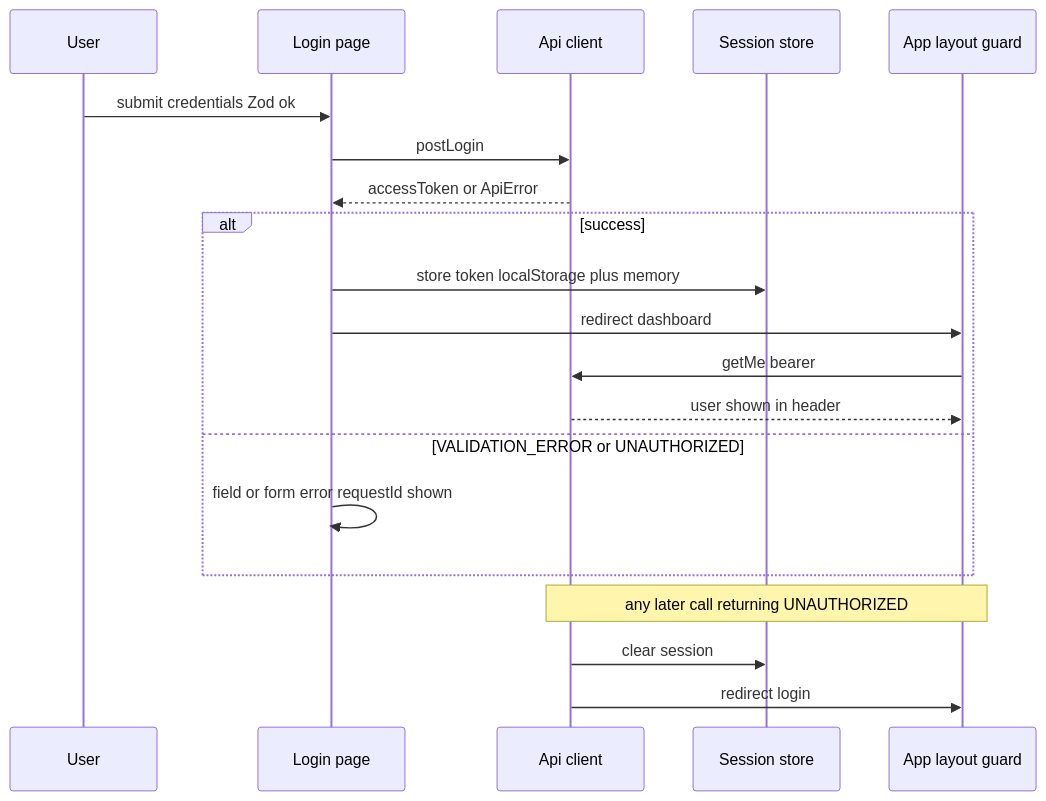
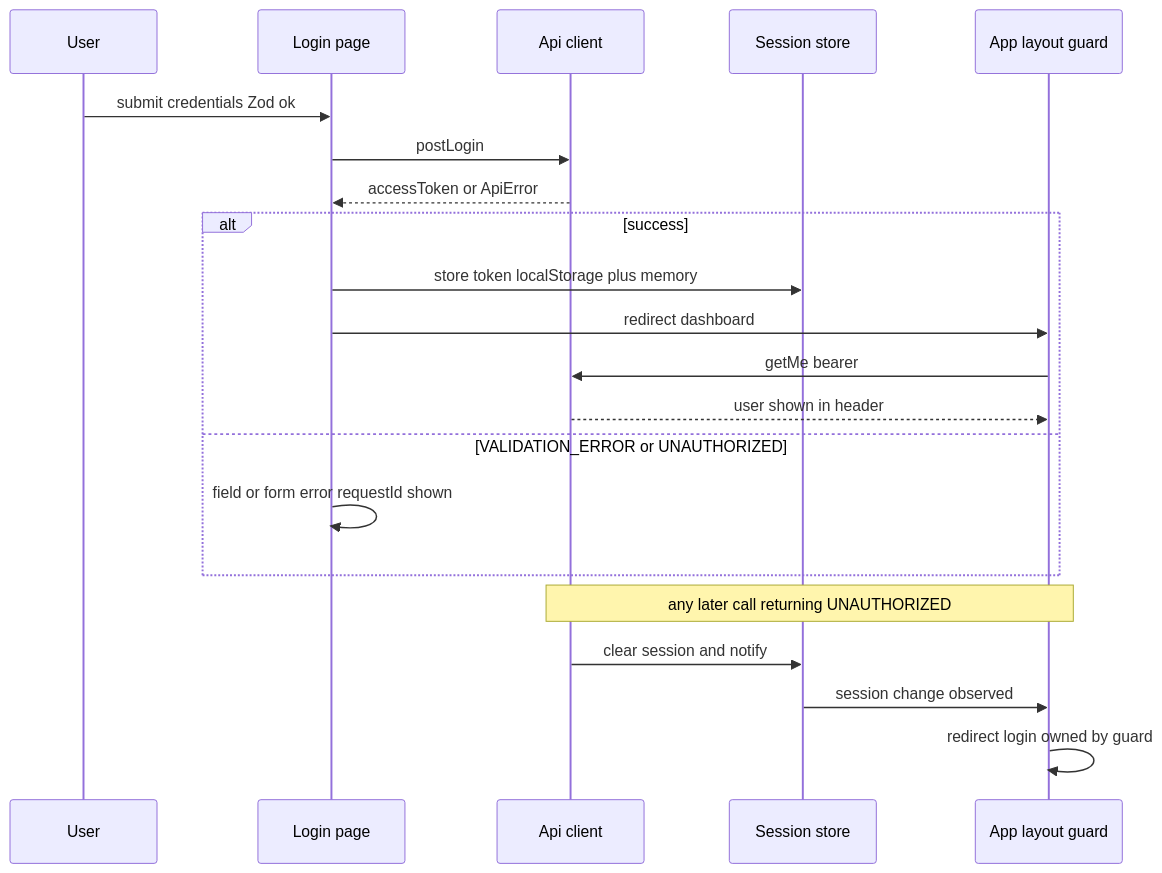
One commit to FelipeLorenzoni/paypilot changed the second of 2 diagrams in .sdd/specs/web-mvp-shell/design.md. Above: the diagram before and after it, drawn with Mermaid. The commit also changed other lines of this file and 2 other files, not shown here.

````diff
--- a/.sdd/specs/web-mvp-shell/design.md
+++ b/.sdd/specs/web-mvp-shell/design.md
@@ -68,22 +68,23 @@
 ```mermaid
 sequenceDiagram
     participant U as User
     participant L as Login page
     participant C as Api client
     participant S as Session store
     participant G as App layout guard
     U->>L: submit credentials Zod ok
     L->>C: postLogin
     C-->>L: accessToken or ApiError
     alt success
         L->>S: store token localStorage plus memory
         L->>G: redirect dashboard
         G->>C: getMe bearer
         C-->>G: user shown in header
     else VALIDATION_ERROR or UNAUTHORIZED
         L->>L: field or form error requestId shown
     end
     Note over G,C: any later call returning UNAUTHORIZED
-    C->>S: clear session
-    C->>G: redirect login
+    C->>S: clear session and notify
+    S->>G: session change observed
+    G->>G: redirect login owned by guard
 ```
````
